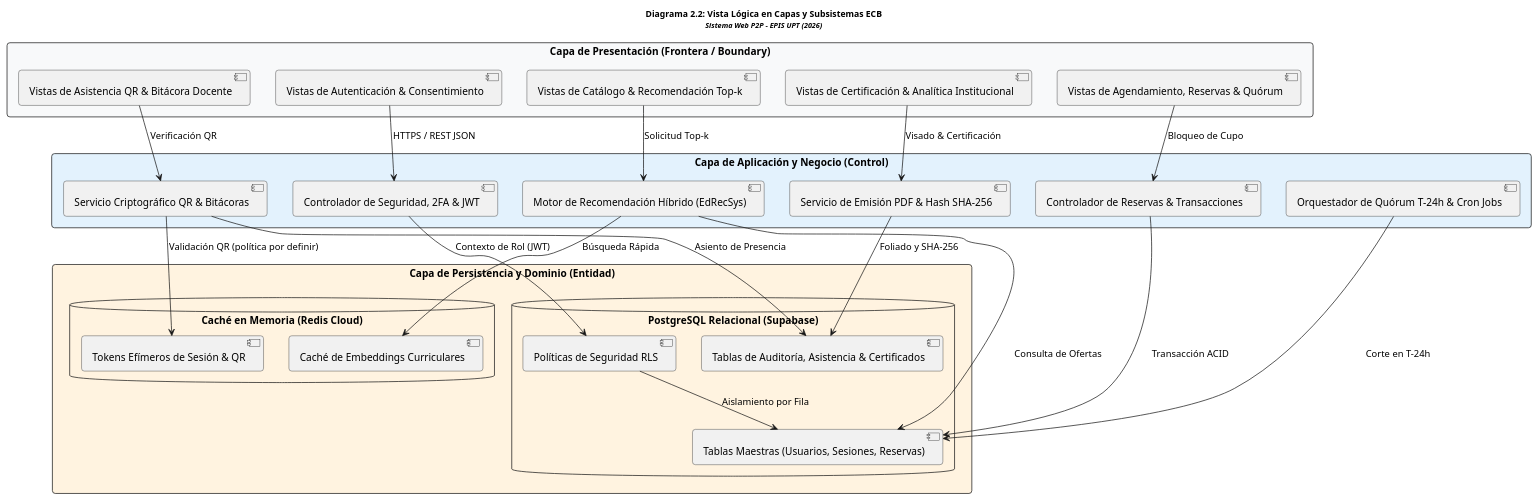
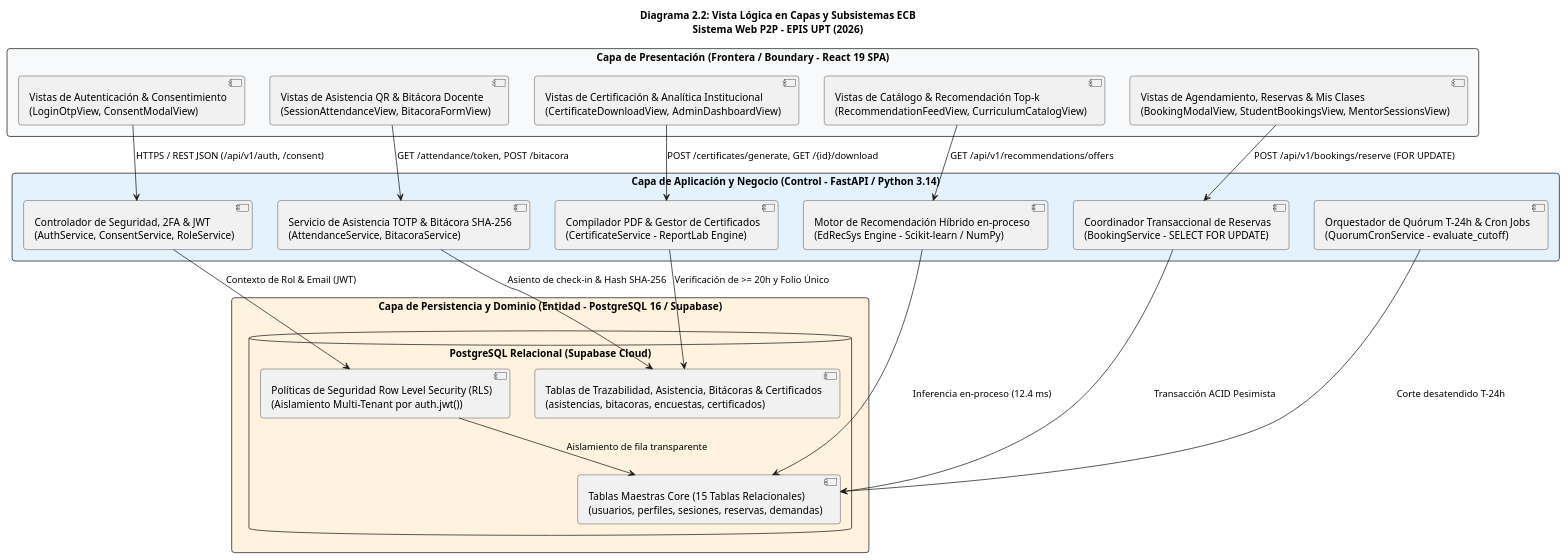
The second of 14 diagrams in docs/diseño/FD04-EPIS-Informe SAD de Proyecto.md (JMedina255/sistema_web_p2p), drawn with PlantUML before and after one commit. The commit also changed other lines of this file, not shown here.

````diff
--- a/docs/diseño/FD04-EPIS-Informe SAD de Proyecto.md
+++ b/docs/diseño/FD04-EPIS-Informe SAD de Proyecto.md
@@ -276,57 +285,51 @@
 ```plantuml
 @startuml
-title <size:12><b>Diagrama 2.2: Vista Lógica en Capas y Subsistemas ECB</b></size>\n<size:10><i>Sistema Web P2P - EPIS UPT (2026)</i></size>
+title Diagrama 2.2: Vista Lógica en Capas y Subsistemas ECB\nSistema Web P2P - EPIS UPT (2026)
 
 skinparam packageStyle rectangle
 skinparam shadowing false
 skinparam roundcorner 8
 skinparam defaultFontName Arial
 skinparam fontSize 10
 
-package "Capa de Presentación (Frontera / Boundary)" #F8F9FA {
-    [Vistas de Autenticación & Consentimiento] as UI_Auth
-    [Vistas de Catálogo & Recomendación Top-k] as UI_Rec
-    [Vistas de Agendamiento, Reservas & Quórum] as UI_Booking
-    [Vistas de Asistencia QR & Bitácora Docente] as UI_Attendance
-    [Vistas de Certificación & Analítica Institucional] as UI_Admin
+package "Capa de Presentación (Frontera / Boundary - React 19 SPA)" #F8F9FA {
+    [Vistas de Autenticación & Consentimiento\n(LoginOtpView, ConsentModalView)] as UI_Auth
+    [Vistas de Catálogo & Recomendación Top-k\n(RecommendationFeedView, CurriculumCatalogView)] as UI_Rec
+    [Vistas de Agendamiento, Reservas & Mis Clases\n(BookingModalView, StudentBookingsView, MentorSessionsView)] as UI_Booking
+    [Vistas de Asistencia QR & Bitácora Docente\n(SessionAttendanceView, BitacoraFormView)] as UI_Attendance
+    [Vistas de Certificación & Analítica Institucional\n(CertificateDownloadView, AdminDashboardView)] as UI_Admin
 }
 
-package "Capa de Aplicación y Negocio (Control)" #E3F2FD {
-    [Controlador de Seguridad, 2FA & JWT] as Ctrl_Auth
-    [Motor de Recomendación Híbrido (EdRecSys)] as Ctrl_Rec
-    [Controlador de Reservas & Transacciones] as Ctrl_Booking
-    [Orquestador de Quórum T-24h & Cron Jobs] as Ctrl_Quorum
-    [Servicio Criptográfico QR & Bitácoras] as Ctrl_Log
-    [Servicio de Emisión PDF & Hash SHA-256] as Ctrl_Cert
+package "Capa de Aplicación y Negocio (Control - FastAPI / Python 3.14)" #E3F2FD {
+    [Controlador de Seguridad, 2FA & JWT\n(AuthService, ConsentService, RoleService)] as Ctrl_Auth
+    [Motor de Recomendación Híbrido en-proceso\n(EdRecSys Engine - Scikit-learn / NumPy)] as Ctrl_Rec
+    [Coordinador Transaccional de Reservas\n(BookingService - SELECT FOR UPDATE)] as Ctrl_Booking
+    [Orquestador de Quórum T-24h & Cron Jobs\n(QuorumCronService - evaluate_cutoff)] as Ctrl_Quorum
+    [Servicio de Asistencia TOTP & Bitácora SHA-256\n(AttendanceService, BitacoraService)] as Ctrl_Log
+    [Compilador PDF & Gestor de Certificados\n(CertificateService - ReportLab Engine)] as Ctrl_Cert
 }
 
-package "Capa de Persistencia y Dominio (Entidad)" #FFF3E0 {
-    database "PostgreSQL Relacional (Supabase)" as DB_Postgres {
-        [Políticas de Seguridad RLS] as Sec_RLS
-        [Tablas Maestras (Usuarios, Sesiones, Reservas)] as Tables_Core
-        [Tablas de Auditoría, Asistencia & Certificados] as Tables_Audit
-    }
-    database "Caché en Memoria (Redis Cloud)" as DB_Redis {
-        [Caché de Embeddings Curriculares] as Cache_Embeddings
-        [Tokens Efímeros de Sesión & QR] as Cache_Tokens
+package "Capa de Persistencia y Dominio (Entidad - PostgreSQL 16 / Supabase)" #FFF3E0 {
+    database "PostgreSQL Relacional (Supabase Cloud)" as DB_Postgres {
+        [Políticas de Seguridad Row Level Security (RLS)\n(Aislamiento Multi-Tenant por auth.jwt())] as Sec_RLS
+        [Tablas Maestras Core (15 Tablas Relacionales)\n(usuarios, perfiles, sesiones, reservas, demandas)] as Tables_Core
+        [Tablas de Trazabilidad, Asistencia, Bitácoras & Certificados\n(asistencias, bitacoras, encuestas, certificados)] as Tables_Audit
     }
 }
 
-' Flujos de comunicación
-UI_Auth --> Ctrl_Auth : HTTPS / REST JSON
-UI_Rec --> Ctrl_Rec : Solicitud Top-k
-UI_Booking --> Ctrl_Booking : Bloqueo de Cupo
-UI_Attendance --> Ctrl_Log : Verificación QR
-UI_Admin --> Ctrl_Cert : Visado & Certificación
+' Flujos de comunicación e interoperabilidad REST
+UI_Auth --> Ctrl_Auth : HTTPS / REST JSON (/api/v1/auth, /consent)
+UI_Rec --> Ctrl_Rec : GET /api/v1/recommendations/offers
+UI_Booking --> Ctrl_Booking : POST /api/v1/bookings/reserve (FOR UPDATE)
+UI_Attendance --> Ctrl_Log : GET /attendance/token, POST /bitacora
+UI_Admin --> Ctrl_Cert : POST /certificates/generate, GET /{id}/download
 
-Ctrl_Auth --> Sec_RLS : Contexto de Rol (JWT)
-Ctrl_Rec --> Cache_Embeddings : Búsqueda Rápida
-Ctrl_Rec --> Tables_Core : Consulta de Ofertas
-Ctrl_Booking --> Tables_Core : Transacción ACID
-Ctrl_Quorum --> Tables_Core : Corte en T-24h
-Ctrl_Log --> Cache_Tokens : Validación QR (política por definir)
-Ctrl_Log --> Tables_Audit : Asiento de Presencia
-Ctrl_Cert --> Tables_Audit : Foliado y SHA-256
-Sec_RLS --> Tables_Core : Aislamiento por Fila
+Ctrl_Auth --> Sec_RLS : Contexto de Rol & Email (JWT)
+Ctrl_Rec --> Tables_Core : Inferencia en-proceso (12.4 ms)
+Ctrl_Booking --> Tables_Core : Transacción ACID Pesimista
+Ctrl_Quorum --> Tables_Core : Corte desatendido T-24h
+Ctrl_Log --> Tables_Audit : Asiento de check-in & Hash SHA-256
+Ctrl_Cert --> Tables_Audit : Verificación de >= 20h y Folio Único
+Sec_RLS --> Tables_Core : Aislamiento de fila transparente
 @enduml
 ```
````
